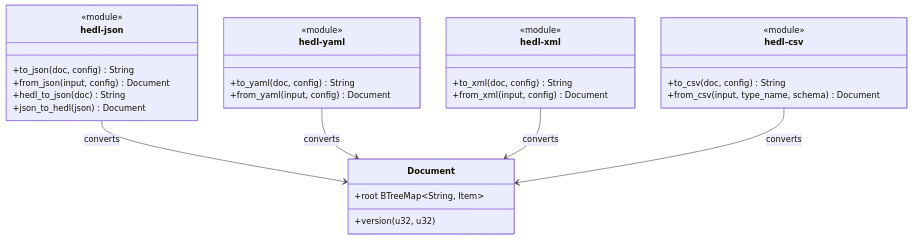
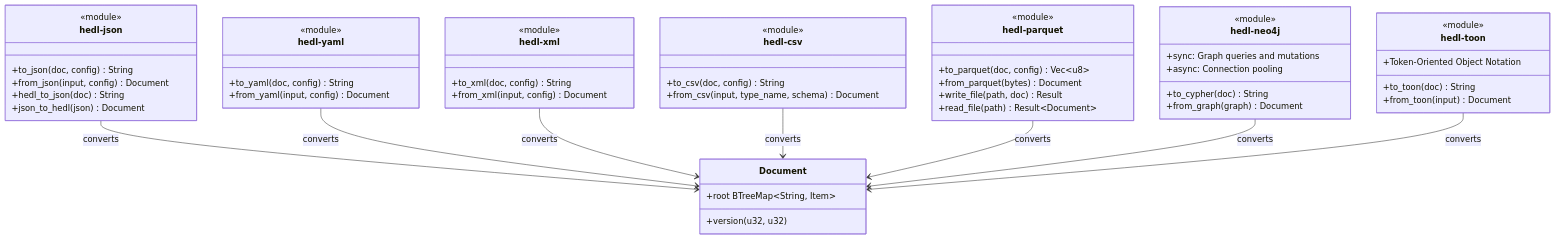
Before and after one commit to dweve-ai/hedl: the second of 4 diagrams in docs/architecture/diagrams/component-relationships.md, drawn with Mermaid. The commit also changed other lines of this file and 735 other files, not shown here.

````diff
--- a/docs/architecture/diagrams/component-relationships.md
+++ b/docs/architecture/diagrams/component-relationships.md
@@ -67,38 +67,64 @@
 ```mermaid
 classDiagram
     class hedl-json {
         <<module>>
         +to_json(doc, config) String
         +from_json(input, config) Document
         +hedl_to_json(doc) String
         +json_to_hedl(json) Document
     }
 
     class hedl-yaml {
         <<module>>
         +to_yaml(doc, config) String
         +from_yaml(input, config) Document
     }
 
     class hedl-xml {
         <<module>>
         +to_xml(doc, config) String
         +from_xml(input, config) Document
     }
 
     class hedl-csv {
         <<module>>
         +to_csv(doc, config) String
         +from_csv(input, type_name, schema) Document
     }
 
+    class hedl-parquet {
+        <<module>>
+        +to_parquet(doc, config) Vec~u8~
+        +from_parquet(bytes) Document
+        +write_file(path, doc) Result
+        +read_file(path) Result~Document~
+    }
+
+    class hedl-neo4j {
+        <<module>>
+        +to_cypher(doc) String
+        +from_graph(graph) Document
+        +sync: Graph queries and mutations
+        +async: Connection pooling
+    }
+
+    class hedl-toon {
+        <<module>>
+        +to_toon(doc) String
+        +from_toon(input) Document
+        +Token-Oriented Object Notation
+    }
+
     class Document {
         +version (u32, u32)
         +root BTreeMap~String, Item~
     }
 
     hedl-json --> Document : converts
     hedl-yaml --> Document : converts
     hedl-xml --> Document : converts
     hedl-csv --> Document : converts
+    hedl-parquet --> Document : converts
+    hedl-neo4j --> Document : converts
+    hedl-toon --> Document : converts
 ```
````
